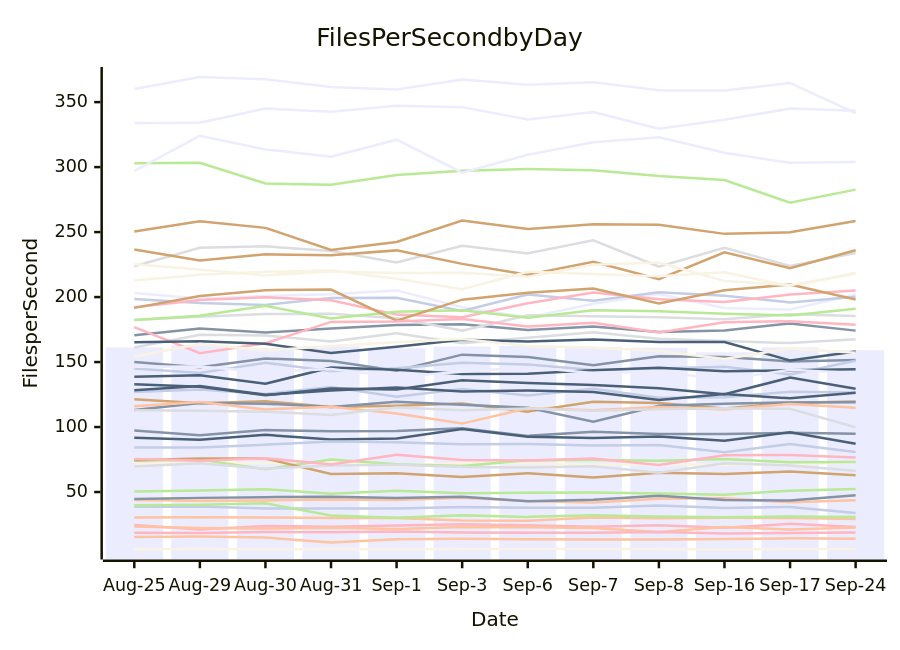
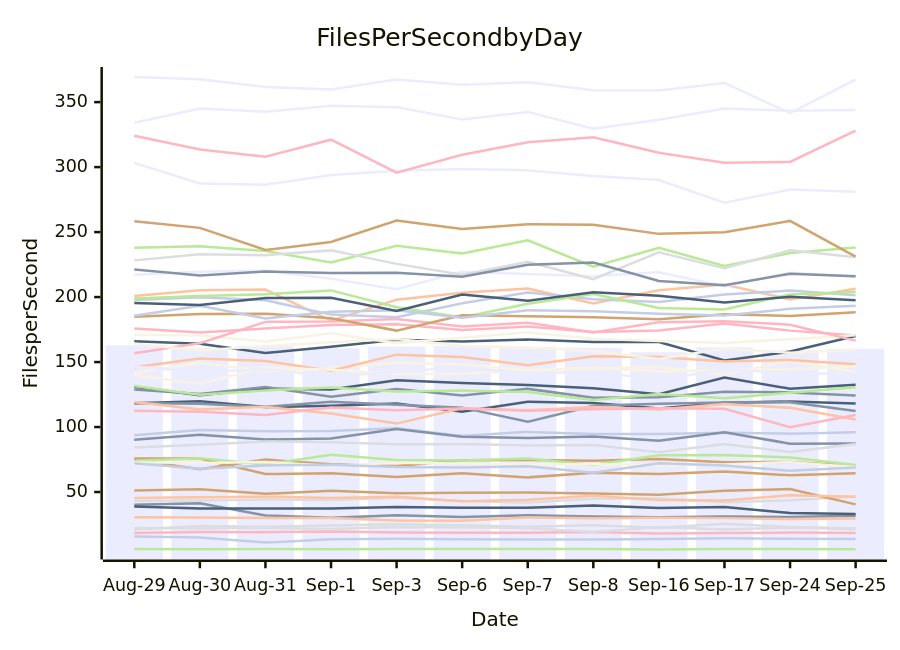
The diagram in perf-report.md (streetsidesoftware/cspell), drawn with Mermaid before and after one commit. The commit also changed other lines of this file and 1 other file, not shown here.

````diff
--- a/perf-report.md
+++ b/perf-report.md
@@ -10,57 +10,57 @@
 ```mermaid
 xychart-beta
     title Files Per Second by Day
     y-axis Files per Second
-    x-axis Date [Aug-25, Aug-29, Aug-30, Aug-31, Sep-1, Sep-3, Sep-6, Sep-7, Sep-8, Sep-16, Sep-17, Sep-24]
-    bar [161.31, 162.91, 160.67, 162.16, 160.72, 161.93, 162.34, 161.56, 160.97, 157.55, 161.35, 159.12]
-    line [97.40, 93.72, 97.65, 96.80, 96.99, 99.11, 93.19, 96.28, 94.70, 94.66, 95.59, 94.92]
-    line [43.94, 43.35, 43.55, 44.33, 43.81, 45.60, 43.01, 41.97, 44.80, 45.26, 42.13, 43.68]
-    line [161.12, 170.94, 170.42, 165.85, 172.14, 164.57, 168.71, 172.84, 167.97, 166.22, 164.57, 167.61]
-    line [50.47, 51.15, 52.21, 48.60, 50.89, 48.97, 49.35, 49.58, 48.85, 47.97, 51.02, 52.29]
-    line [121.46, 118.37, 119.80, 115.33, 116.38, 118.04, 111.85, 119.40, 118.51, 114.20, 118.71, 119.64]
-    line [38.63, 38.79, 37.24, 37.32, 37.33, 38.42, 37.82, 37.98, 39.62, 37.64, 38.51, 33.90]
-    line [24.67, 21.16, 23.95, 23.30, 24.27, 25.24, 24.42, 23.30, 24.35, 22.54, 25.54, 23.00]
-    line [91.70, 90.17, 94.03, 90.40, 91.22, 98.55, 92.55, 91.52, 92.79, 89.51, 95.95, 87.21]
-    line [71.82, 72.99, 72.24, 73.05, 70.19, 72.55, 71.94, 71.15, 71.34, 71.01, 71.23, 73.00]
-    line [333.97, 334.12, 345.07, 342.66, 347.17, 346.14, 336.60, 342.41, 329.55, 336.36, 345.01, 343.35]
-    line [113.11, 118.41, 118.01, 115.40, 119.50, 117.17, 114.93, 104.04, 116.42, 117.89, 118.96, 119.04]
-    line [23.40, 22.23, 21.90, 22.46, 21.60, 23.03, 22.85, 22.27, 19.18, 23.11, 21.10, 22.62]
-    line [223.75, 237.91, 239.06, 235.45, 226.56, 239.54, 233.61, 243.66, 223.35, 237.82, 223.98, 233.86]
-    line [73.98, 74.92, 67.44, 74.93, 71.42, 69.97, 74.43, 74.58, 74.02, 75.50, 72.83, 73.03]
-    line [74.38, 75.85, 75.82, 63.83, 64.49, 61.65, 64.50, 61.26, 64.86, 63.96, 65.83, 62.91]
-    line [126.98, 128.83, 125.51, 130.73, 123.39, 129.29, 124.27, 129.39, 122.55, 122.88, 127.08, 126.63]
-    line [18.62, 18.45, 19.29, 19.08, 19.71, 18.88, 18.65, 18.65, 19.33, 18.07, 18.42, 18.78]
-    line [128.24, 131.60, 124.76, 128.19, 130.51, 127.29, 128.13, 127.03, 120.72, 125.41, 122.07, 126.43]
-    line [6.02, 6.20, 6.04, 6.23, 6.06, 6.09, 6.20, 6.14, 6.11, 5.78, 6.14, 6.07]
-    line [203.18, 198.91, 200.77, 202.09, 205.14, 192.22, 184.22, 194.88, 202.40, 191.56, 190.37, 202.02]
-    line [170.70, 175.74, 172.74, 175.87, 178.56, 179.08, 174.59, 177.44, 173.15, 174.36, 179.74, 174.18]
-    line [15.41, 15.75, 15.00, 11.10, 13.64, 14.09, 13.63, 13.57, 13.40, 13.81, 14.35, 14.04]
-    line [69.68, 72.12, 68.00, 70.47, 70.89, 69.29, 68.94, 69.89, 64.77, 72.12, 70.50, 66.34]
-    line [302.95, 303.29, 287.37, 286.48, 293.90, 297.13, 298.52, 297.48, 293.09, 290.03, 272.63, 282.67]
-    line [236.60, 228.23, 232.86, 232.26, 235.92, 225.53, 217.15, 227.16, 213.82, 234.37, 222.15, 235.99]
-    line [198.55, 195.50, 193.96, 199.31, 199.53, 189.39, 201.97, 197.12, 203.70, 201.07, 195.90, 200.29]
-    line [192.16, 197.82, 199.85, 197.57, 186.50, 184.53, 195.23, 203.47, 198.25, 196.22, 201.98, 205.02]
-    line [132.85, 130.95, 124.42, 129.63, 128.97, 135.94, 133.80, 132.37, 129.87, 125.28, 138.07, 129.51]
-    line [212.77, 217.16, 219.42, 220.41, 214.04, 205.97, 219.44, 217.73, 216.08, 219.15, 208.36, 218.68]
-    line [296.98, 324.16, 313.60, 308.04, 321.08, 295.70, 309.43, 319.09, 322.91, 311.02, 303.26, 304.00]
-    line [150.06, 146.03, 152.71, 150.80, 143.28, 155.69, 153.87, 147.46, 154.39, 153.96, 150.40, 151.64]
-    line [30.41, 30.59, 30.45, 30.07, 29.95, 28.16, 27.92, 30.43, 29.89, 30.21, 29.92, 29.23]
-    line [182.41, 184.77, 186.94, 187.25, 183.77, 174.20, 186.05, 185.31, 184.47, 182.86, 186.84, 185.48]
-    line [182.38, 185.55, 193.26, 183.54, 188.75, 189.86, 184.03, 189.81, 189.01, 187.14, 185.91, 190.99]
-    line [191.68, 200.76, 205.32, 205.73, 181.85, 198.01, 203.39, 206.55, 195.11, 205.27, 209.68, 198.18]
-    line [145.05, 141.62, 149.48, 142.85, 145.28, 149.46, 148.18, 143.83, 145.01, 146.41, 140.36, 151.00]
-    line [176.89, 156.76, 164.43, 180.88, 181.23, 183.21, 177.43, 180.28, 172.77, 180.61, 181.38, 178.77]
-    line [138.65, 139.89, 133.31, 145.80, 144.08, 140.79, 141.02, 143.66, 145.59, 142.94, 143.60, 144.39]
-    line [225.16, 221.13, 216.69, 219.64, 218.57, 218.78, 215.63, 224.82, 226.65, 212.42, 209.15, 217.97]
-    line [360.14, 369.32, 367.60, 361.65, 359.68, 367.46, 363.32, 365.30, 359.11, 358.89, 364.75, 341.57]
-    line [44.61, 45.50, 46.05, 46.44, 45.45, 46.41, 42.91, 44.10, 47.18, 43.88, 43.41, 47.56]
-    line [116.08, 119.18, 113.59, 115.52, 110.36, 102.65, 114.46, 112.83, 115.47, 113.56, 117.79, 114.76]
-    line [112.98, 112.47, 111.83, 109.19, 115.12, 112.97, 114.35, 112.51, 113.70, 114.44, 114.03, 99.84]
-    line [39.81, 40.28, 41.27, 31.95, 30.26, 32.20, 30.88, 32.09, 31.08, 30.60, 31.19, 30.72]
-    line [250.39, 258.39, 253.25, 236.21, 242.44, 258.87, 252.44, 256.07, 255.58, 248.63, 249.79, 258.60]
-    line [84.30, 84.25, 86.47, 88.91, 88.27, 86.74, 86.90, 85.78, 86.18, 80.59, 86.98, 80.71]
-    line [75.35, 74.03, 75.97, 71.20, 78.69, 74.68, 74.33, 75.84, 70.78, 78.20, 78.52, 76.56]
-    line [165.26, 166.00, 163.99, 156.90, 161.76, 167.23, 165.73, 167.27, 165.39, 165.37, 151.18, 158.06]
-    line [154.07, 164.02, 158.84, 162.35, 165.15, 167.75, 162.42, 161.26, 158.45, 152.45, 160.47, 157.19]
-    line [146.30, 146.55, 142.25, 144.70, 138.76, 142.53, 146.03, 141.67, 142.57, 136.52, 144.05, 141.65]
+    x-axis Date [Aug-29, Aug-30, Aug-31, Sep-1, Sep-3, Sep-6, Sep-7, Sep-8, Sep-16, Sep-17, Sep-24, Sep-25]
+    bar [162.91, 160.67, 162.16, 160.72, 161.93, 162.34, 161.56, 160.97, 157.55, 161.35, 159.12, 160.20]
+    line [40.28, 41.27, 31.95, 30.26, 32.20, 30.88, 32.09, 31.08, 30.60, 31.19, 30.72, 31.67]
+    line [200.76, 205.32, 205.73, 181.85, 198.01, 203.39, 206.55, 195.11, 205.27, 209.68, 198.18, 206.47]
+    line [43.35, 43.55, 44.33, 43.81, 45.60, 43.01, 41.97, 44.80, 45.26, 42.13, 43.68, 46.57]
+    line [6.20, 6.04, 6.23, 6.06, 6.09, 6.20, 6.14, 6.11, 5.78, 6.14, 6.07, 5.98]
+    line [75.85, 75.82, 63.83, 64.49, 61.65, 64.50, 61.26, 64.86, 63.96, 65.83, 62.91, 64.44]
+    line [93.72, 97.65, 96.80, 96.99, 99.11, 93.19, 96.28, 94.70, 94.66, 95.59, 94.92, 96.04]
+    line [18.45, 19.29, 19.08, 19.71, 18.88, 18.65, 18.65, 19.33, 18.07, 18.42, 18.78, 18.52]
+    line [118.37, 119.80, 115.33, 116.38, 118.04, 111.85, 119.40, 118.51, 114.20, 118.71, 119.64, 118.05]
+    line [141.62, 149.48, 142.85, 145.28, 149.46, 148.18, 143.83, 145.01, 146.41, 140.36, 151.00, 142.17]
+    line [303.29, 287.37, 286.48, 293.90, 297.13, 298.52, 297.48, 293.09, 290.03, 272.63, 282.67, 280.96]
+    line [90.17, 94.03, 90.40, 91.22, 98.55, 92.55, 91.52, 92.79, 89.51, 95.95, 87.21, 87.42]
+    line [30.59, 30.45, 30.07, 29.95, 28.16, 27.92, 30.43, 29.89, 30.21, 29.92, 29.23, 29.70]
+    line [21.16, 23.95, 23.30, 24.27, 25.24, 24.42, 23.30, 24.35, 22.54, 25.54, 23.00, 22.21]
+    line [237.91, 239.06, 235.45, 226.56, 239.54, 233.61, 243.66, 223.35, 237.82, 223.98, 233.86, 238.09]
+    line [74.92, 67.44, 74.93, 71.42, 69.97, 74.43, 74.58, 74.02, 75.50, 72.83, 73.03, 70.23]
+    line [15.75, 15.00, 11.10, 13.64, 14.09, 13.63, 13.57, 13.40, 13.81, 14.35, 14.04, 13.83]
+    line [175.74, 172.74, 175.87, 178.56, 179.08, 174.59, 177.44, 173.15, 174.36, 179.74, 174.18, 170.43]
+    line [166.00, 163.99, 156.90, 161.76, 167.23, 165.73, 167.27, 165.39, 165.37, 151.18, 158.06, 170.07]
+    line [170.94, 170.42, 165.85, 172.14, 164.57, 168.71, 172.84, 167.97, 166.22, 164.57, 167.61, 170.71]
+    line [334.12, 345.07, 342.66, 347.17, 346.14, 336.60, 342.41, 329.55, 336.36, 345.01, 343.35, 343.97]
+    line [118.41, 118.01, 115.40, 119.50, 117.17, 114.93, 104.04, 116.42, 117.89, 118.96, 119.04, 112.27]
+    line [119.18, 113.59, 115.52, 110.36, 102.65, 114.46, 112.83, 115.47, 113.56, 117.79, 114.76, 105.80]
+    line [22.23, 21.90, 22.46, 21.60, 23.03, 22.85, 22.27, 19.18, 23.11, 21.10, 22.62, 21.27]
+    line [74.03, 75.97, 71.20, 78.69, 74.68, 74.33, 75.84, 70.78, 78.20, 78.52, 76.56, 70.74]
+    line [51.15, 52.21, 48.60, 50.89, 48.97, 49.35, 49.58, 48.85, 47.97, 51.02, 52.29, 40.48]
+    line [197.82, 199.85, 197.57, 186.50, 184.53, 195.23, 203.47, 198.25, 196.22, 201.98, 205.02, 201.39]
+    line [156.76, 164.43, 180.88, 181.23, 183.21, 177.43, 180.28, 172.77, 180.61, 181.38, 178.77, 166.50]
+    line [130.95, 124.42, 129.63, 128.97, 135.94, 133.80, 132.37, 129.87, 125.28, 138.07, 129.51, 132.51]
+    line [72.99, 72.24, 73.05, 70.19, 72.55, 71.94, 71.15, 71.34, 71.01, 71.23, 73.00, 69.32]
+    line [217.16, 219.42, 220.41, 214.04, 205.97, 219.44, 217.73, 216.08, 219.15, 208.36, 218.68, 215.66]
+    line [128.83, 125.51, 130.73, 123.39, 129.29, 124.27, 129.39, 122.55, 122.88, 127.08, 126.63, 124.32]
+    line [146.03, 152.71, 150.80, 143.28, 155.69, 153.87, 147.46, 154.39, 153.96, 150.40, 151.64, 148.32]
+    line [228.23, 232.86, 232.26, 235.92, 225.53, 217.15, 227.16, 213.82, 234.37, 222.15, 235.99, 230.67]
+    line [198.91, 200.77, 202.09, 205.14, 192.22, 184.22, 194.88, 202.40, 191.56, 190.37, 202.02, 203.87]
+    line [184.77, 186.94, 187.25, 183.77, 174.20, 186.05, 185.31, 184.47, 182.86, 186.84, 185.48, 188.32]
+    line [185.55, 193.26, 183.54, 188.75, 189.86, 184.03, 189.81, 189.01, 187.14, 185.91, 190.99, 193.37]
+    line [112.47, 111.83, 109.19, 115.12, 112.97, 114.35, 112.51, 113.70, 114.44, 114.03, 99.84, 109.30]
+    line [38.79, 37.24, 37.32, 37.33, 38.42, 37.82, 37.98, 39.62, 37.64, 38.51, 33.90, 33.12]
+    line [139.89, 133.31, 145.80, 144.08, 140.79, 141.02, 143.66, 145.59, 142.94, 143.60, 144.39, 146.81]
+    line [369.32, 367.60, 361.65, 359.68, 367.46, 363.32, 365.30, 359.11, 358.89, 364.75, 341.57, 367.34]
+    line [221.13, 216.69, 219.64, 218.57, 218.78, 215.63, 224.82, 226.65, 212.42, 209.15, 217.97, 216.10]
+    line [45.50, 46.05, 46.44, 45.45, 46.41, 42.91, 44.10, 47.18, 43.88, 43.41, 47.56, 46.43]
+    line [84.25, 86.47, 88.91, 88.27, 86.74, 86.90, 85.78, 86.18, 80.59, 86.98, 80.71, 87.03]
+    line [131.60, 124.76, 128.19, 130.51, 127.29, 128.13, 127.03, 120.72, 125.41, 122.07, 126.43, 130.53]
+    line [258.39, 253.25, 236.21, 242.44, 258.87, 252.44, 256.07, 255.58, 248.63, 249.79, 258.60, 231.14]
+    line [72.12, 68.00, 70.47, 70.89, 69.29, 68.94, 69.89, 64.77, 72.12, 70.50, 66.34, 68.88]
+    line [324.16, 313.60, 308.04, 321.08, 295.70, 309.43, 319.09, 322.91, 311.02, 303.26, 304.00, 328.11]
+    line [195.50, 193.96, 199.31, 199.53, 189.39, 201.97, 197.12, 203.70, 201.07, 195.90, 200.29, 197.49]
+    line [164.02, 158.84, 162.35, 165.15, 167.75, 162.42, 161.26, 158.45, 152.45, 160.47, 157.19, 159.48]
+    line [146.55, 142.25, 144.70, 138.76, 142.53, 146.03, 141.67, 142.57, 136.52, 144.05, 141.65, 140.89]
 ```
````
